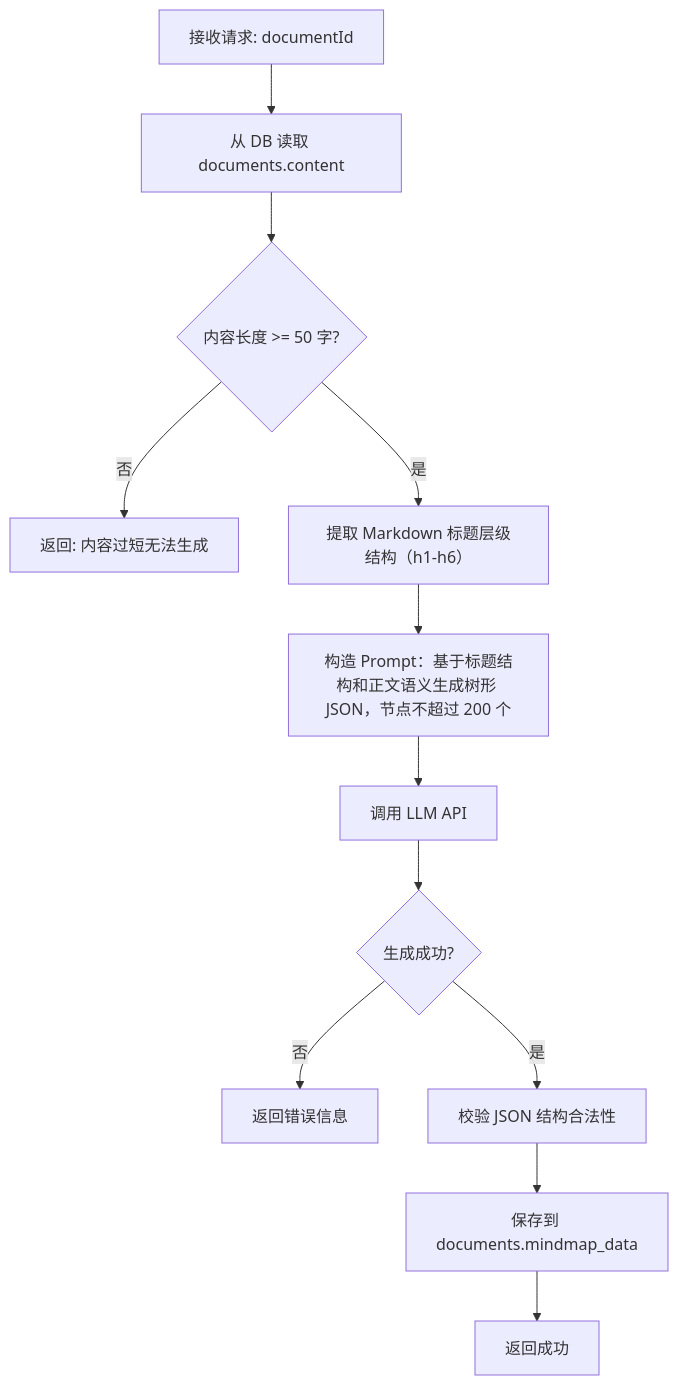
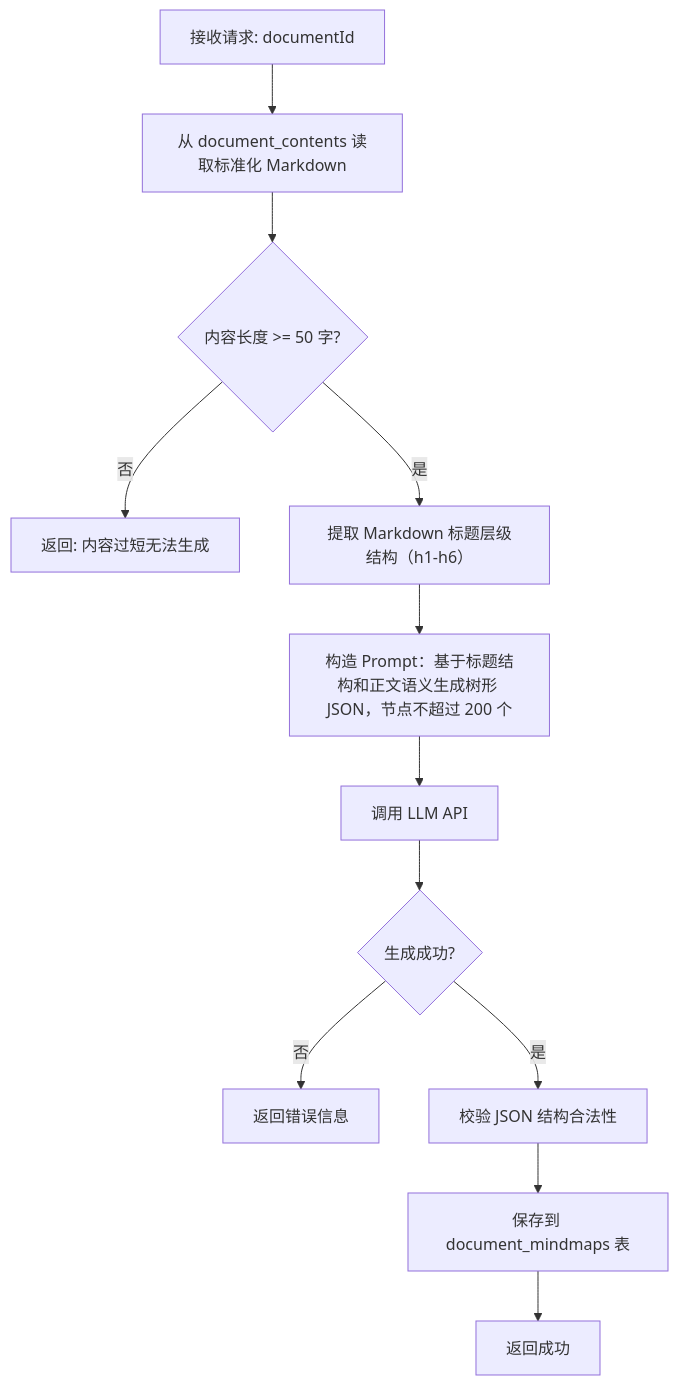
The seventh of 9 diagrams in .kiro/specs/noter-document-management/design.md (Jett191/noter), drawn with Mermaid before and after one commit. The commit also changed other lines of this file, not shown here.

````diff
--- a/.kiro/specs/noter-document-management/design.md
+++ b/.kiro/specs/noter-document-management/design.md
@@ -752,14 +758,14 @@
 ```mermaid
 flowchart TD
-    A[接收请求: documentId] --> B[从 DB 读取 documents.content]
+    A[接收请求: documentId] --> B[从 document_contents 读取标准化 Markdown]
     B --> C{内容长度 >= 50 字?}
     C -->|否| D[返回: 内容过短无法生成]
     C -->|是| E[提取 Markdown 标题层级结构（h1-h6）]
     E --> F[构造 Prompt：基于标题结构和正文语义生成树形 JSON，节点不超过 200 个]
     F --> G[调用 LLM API]
     G --> H{生成成功?}
     H -->|否| I[返回错误信息]
     H -->|是| J[校验 JSON 结构合法性]
-    J --> K[保存到 documents.mindmap_data]
+    J --> K[保存到 document_mindmaps 表]
     K --> L[返回成功]
 ```
````
